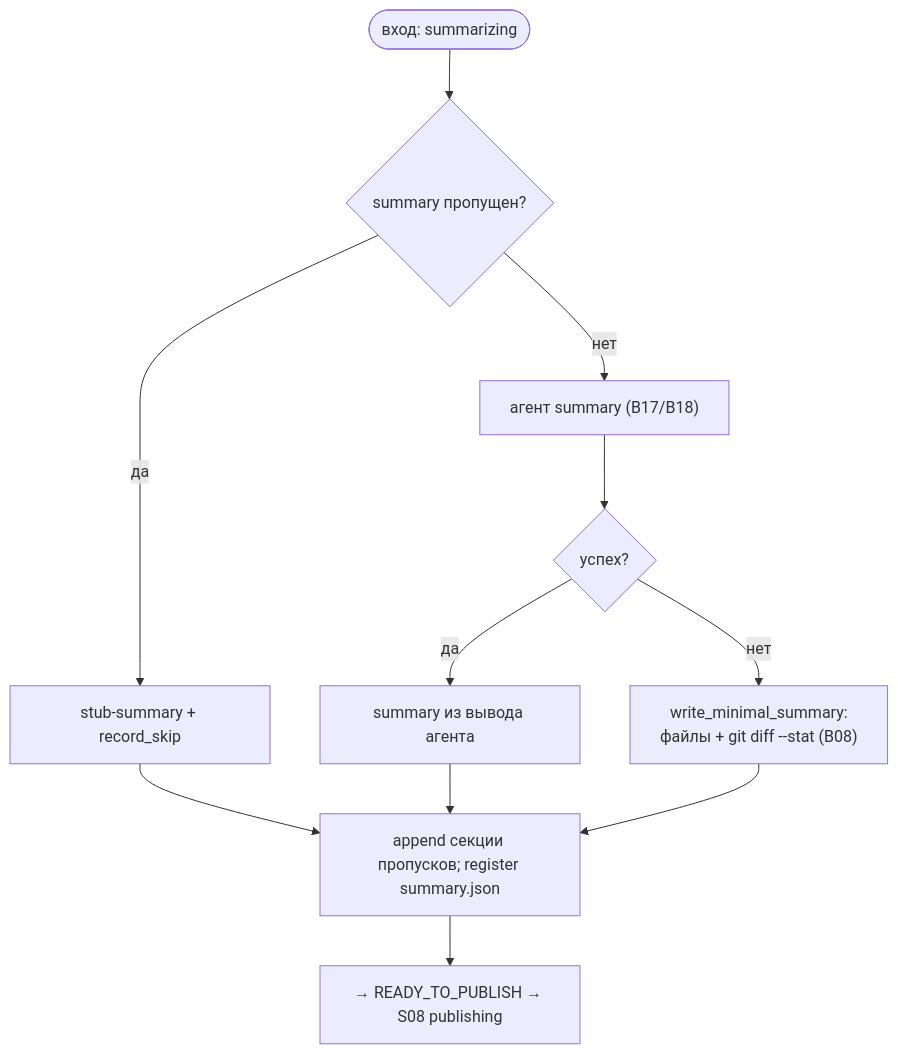
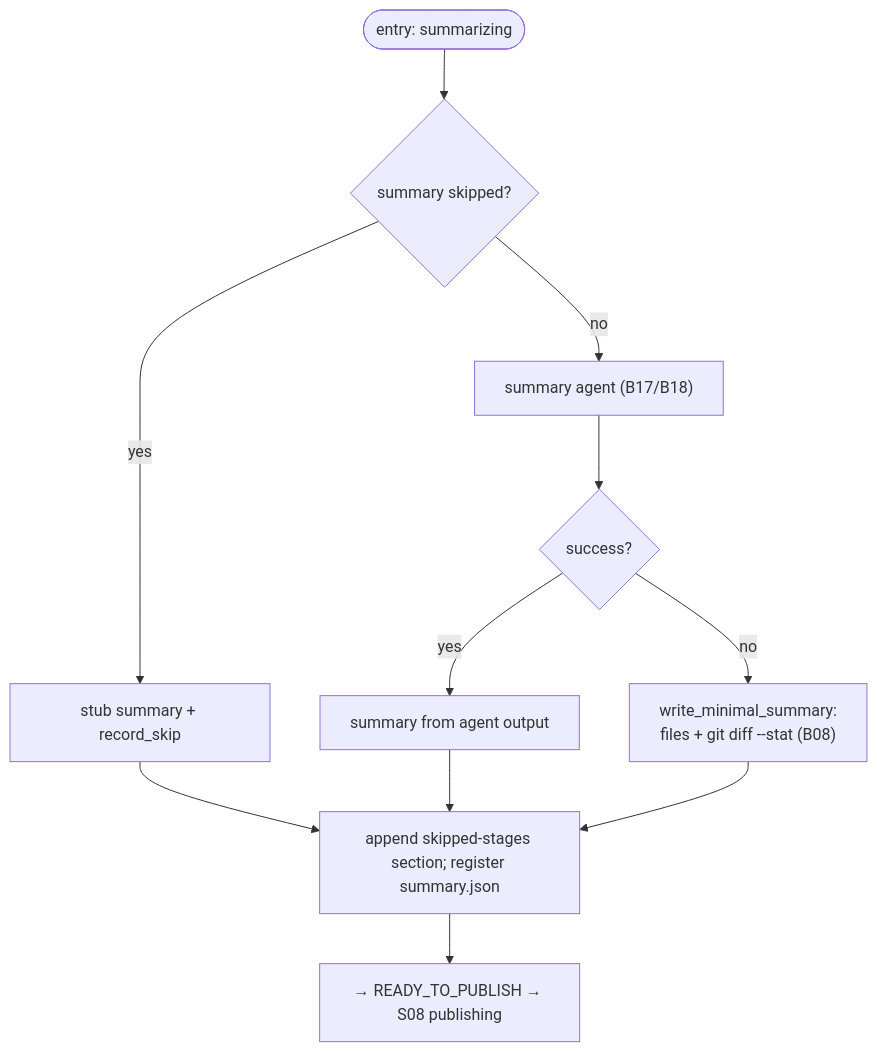
Before and after one commit to VladimirMakarevich/wastech-orchestrator: the diagram in docs/functional/flows/coding/S07-summary.md, drawn with Mermaid. The commit also changed other lines of this file and 41 other files, not shown here.

Commit message:
docs: translate system flows documentation from Russian to English, ensuring clarity and consistency in terminology. Update sequence diagrams and flowcharts to reflect the changes in language. Maintain the structure and references to blocks for ease of navigation.

````diff
--- a/docs/functional/flows/coding/S07-summary.md
+++ b/docs/functional/flows/coding/S07-summary.md
@@ -36,13 +36,13 @@
 ```mermaid
 flowchart TB
-    start(["вход: summarizing"]) --> skip{"summary пропущен?"}
-    skip -->|да| stub["stub-summary + record_skip"]
-    skip -->|нет| run["агент summary (B17/B18)"]
-    run --> ok{"успех?"}
-    ok -->|да| fromagent["summary из вывода агента"]
-    ok -->|нет| minimal["write_minimal_summary:<br/>файлы + git diff --stat (B08)"]
-    stub --> tail["append секции пропусков; register summary.json"]
+    start(["entry: summarizing"]) --> skip{"summary skipped?"}
+    skip -->|yes| stub["stub summary + record_skip"]
+    skip -->|no| run["summary agent (B17/B18)"]
+    run --> ok{"success?"}
+    ok -->|yes| fromagent["summary from agent output"]
+    ok -->|no| minimal["write_minimal_summary:<br/>files + git diff --stat (B08)"]
+    stub --> tail["append skipped-stages section; register summary.json"]
     fromagent --> tail
     minimal --> tail
     tail --> pub["→ READY_TO_PUBLISH → S08 publishing"]
 ```
````
